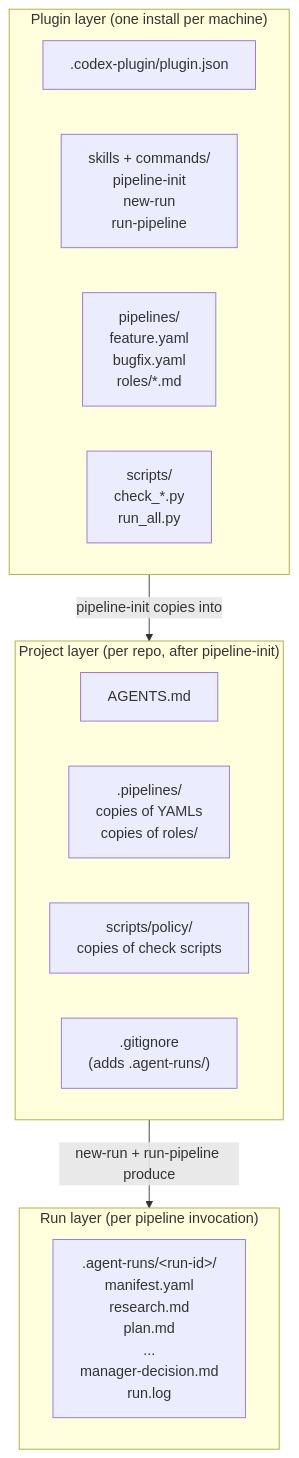
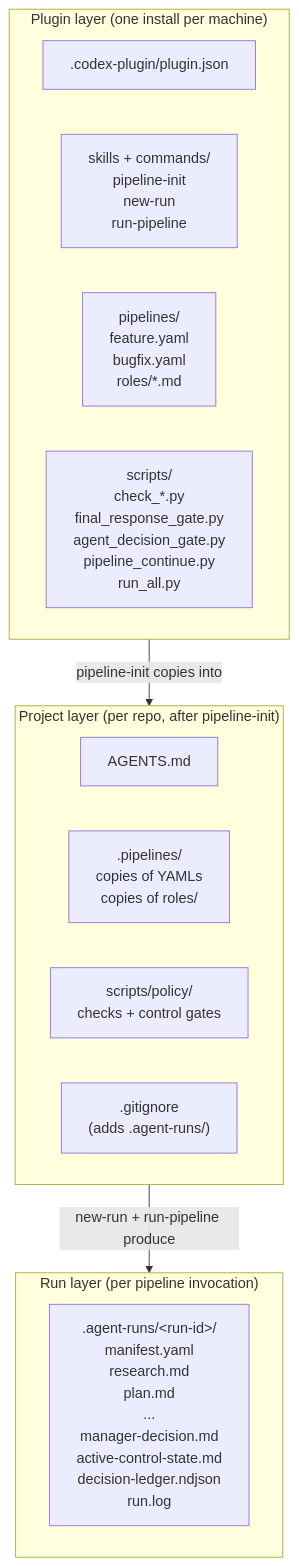
Before and after one commit to scottconverse/agent-pipeline-codex: the first of 11 diagrams in skills/agent-pipeline/references/ARCHITECTURE.md, drawn with Mermaid. The commit also changed other lines of this file and 9 other files, not shown here.

````diff
--- a/skills/agent-pipeline/references/ARCHITECTURE.md
+++ b/skills/agent-pipeline/references/ARCHITECTURE.md
@@ -33,26 +33,26 @@
 ```mermaid
 flowchart TB
     subgraph PluginLayer["Plugin layer (one install per machine)"]
         direction LR
         A1[".codex-plugin/plugin.json"]
         A2["skills + commands/<br/>pipeline-init<br/>new-run<br/>run-pipeline"]
         A3["pipelines/<br/>feature.yaml<br/>bugfix.yaml<br/>roles/*.md"]
-        A4["scripts/<br/>check_*.py<br/>run_all.py"]
+        A4["scripts/<br/>check_*.py<br/>final_response_gate.py<br/>agent_decision_gate.py<br/>pipeline_continue.py<br/>run_all.py"]
     end
 
     subgraph ProjectLayer["Project layer (per repo, after pipeline-init)"]
         direction LR
         B1["AGENTS.md"]
         B2[".pipelines/<br/>copies of YAMLs<br/>copies of roles/"]
-        B3["scripts/policy/<br/>copies of check scripts"]
+        B3["scripts/policy/<br/>checks + control gates"]
         B4[".gitignore<br/>(adds .agent-runs/)"]
     end
 
     subgraph RunLayer["Run layer (per pipeline invocation)"]
         direction LR
-        C1[".agent-runs/&lt;run-id&gt;/<br/>manifest.yaml<br/>research.md<br/>plan.md<br/>...<br/>manager-decision.md<br/>run.log"]
+        C1[".agent-runs/&lt;run-id&gt;/<br/>manifest.yaml<br/>research.md<br/>plan.md<br/>...<br/>manager-decision.md<br/>active-control-state.md<br/>decision-ledger.ndjson<br/>run.log"]
     end
 
     PluginLayer -- "pipeline-init copies into" --> ProjectLayer
     ProjectLayer -- "new-run + run-pipeline produce" --> RunLayer
 ```
````
